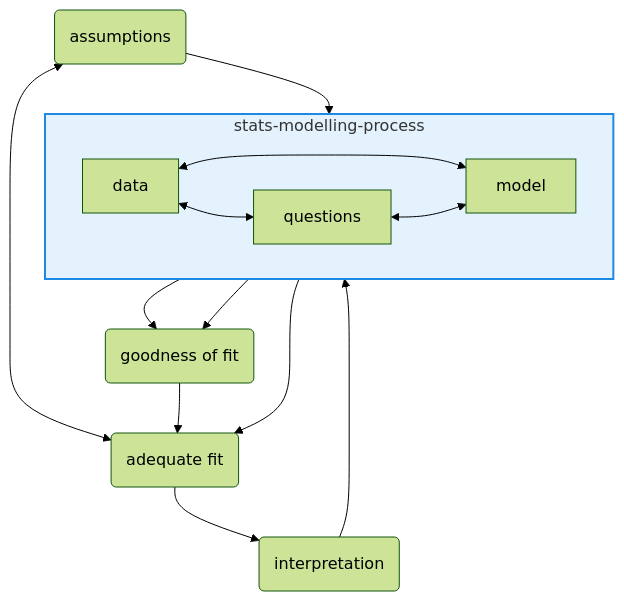
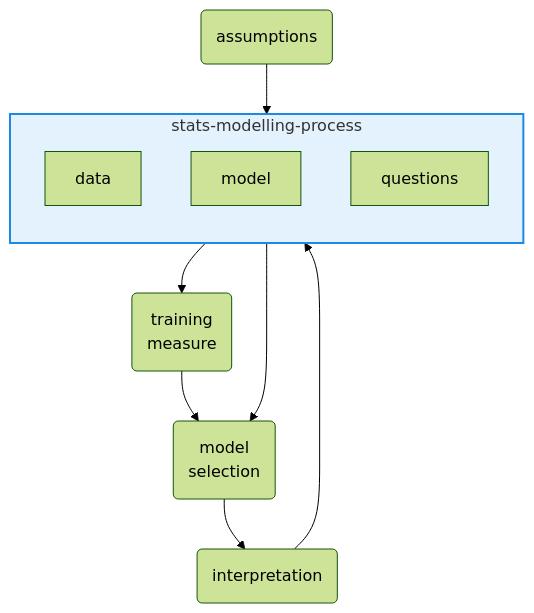
Before and after one commit to mstasinopoulos/GrossaryForDR: the tenth of 19 diagrams in Glossary of distributional regression.qmd, drawn with Mermaid (forest theme). The commit also changed other lines of this file, not shown here.

````diff
--- a/Glossary of distributional regression.qmd
+++ b/Glossary of distributional regression.qmd
@@ -2218,24 +2302,24 @@
 ```{mermaid}
 %%| fig-width: 2
 %%| label: fig-model
 %%| fig-cap: "The modelling process: the data, the model and the questions are inter-related. The model needs assumptions before the fit and an adequate fit help to answer the questions."
 flowchart TB
   subgraph stats-modelling-process
    style stats-modelling-process fill:#e3f2fd,stroke:#1e88e5,stroke-width:2px
-    direction LR
+    direction TB
     D[data]
     M[model]
     Q[questions]
   end
-  A(assumptions) --> M
-  D <--> M
-  Q <--> M
-  M --> F(adequate fit)
-  D <--> Q
-  A <--> F
-  G(goodness of fit) --> F
-  M --> G
-  D --> G
-  F --> I(interpretation)
-  I --> Q 
+ A(assumptions) 
+ G(training <br \>  measure)
+ F(model <br \>  selection)
+ I(interpretation)
+ 
+ A --> M
+ M --> F
+ F --> I
+ I --> Q
+ M --> G
+ G --> F
 ```
````
